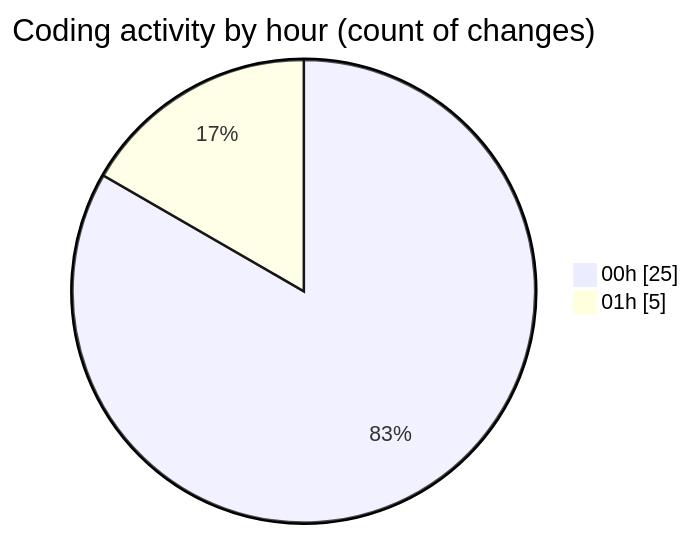
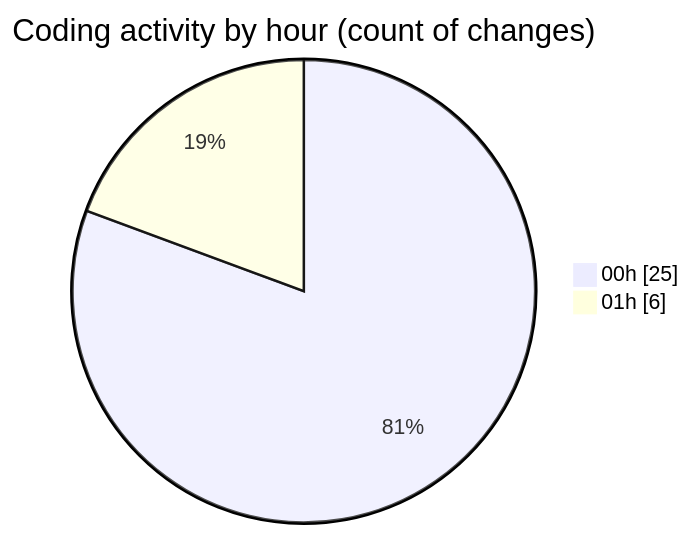
One commit to EIIisD/code-tracking changed the second of 2 diagrams in 2025-07-18/ribbon/README.md. Above: the diagram before and after it, drawn with Mermaid. The commit also changed other lines of this file and 1 other file, not shown here.

````diff
--- a/2025-07-18/ribbon/README.md
+++ b/2025-07-18/ribbon/README.md
@@ -32,6 +34,6 @@
 ```mermaid
 pie showData
 title Coding activity by hour (count of changes)
 "00h" : 25
-"01h" : 5
+"01h" : 6
 ```
````
